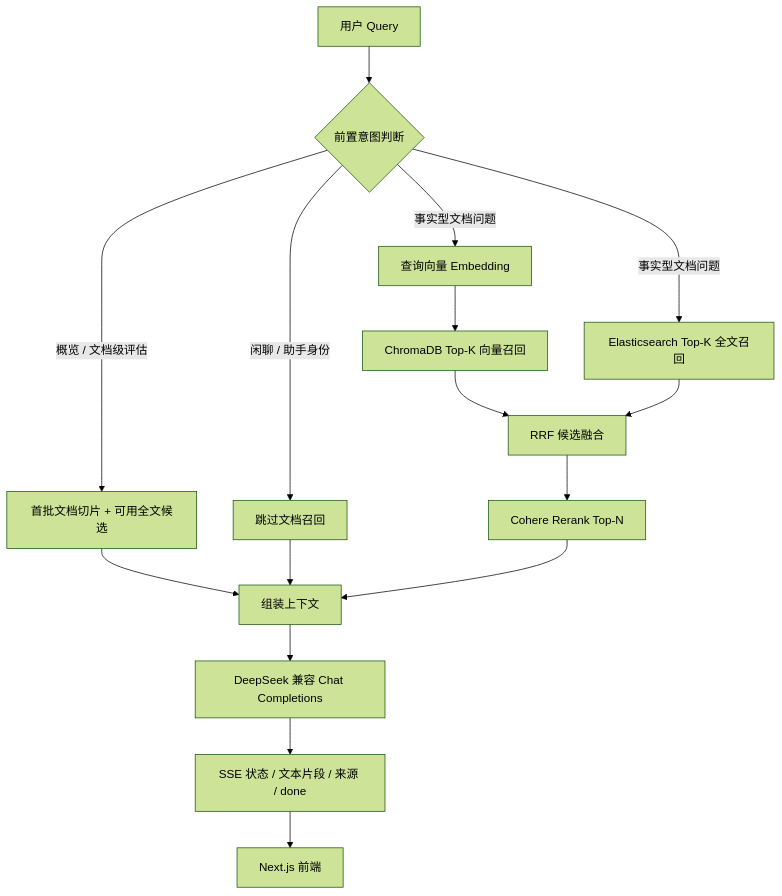
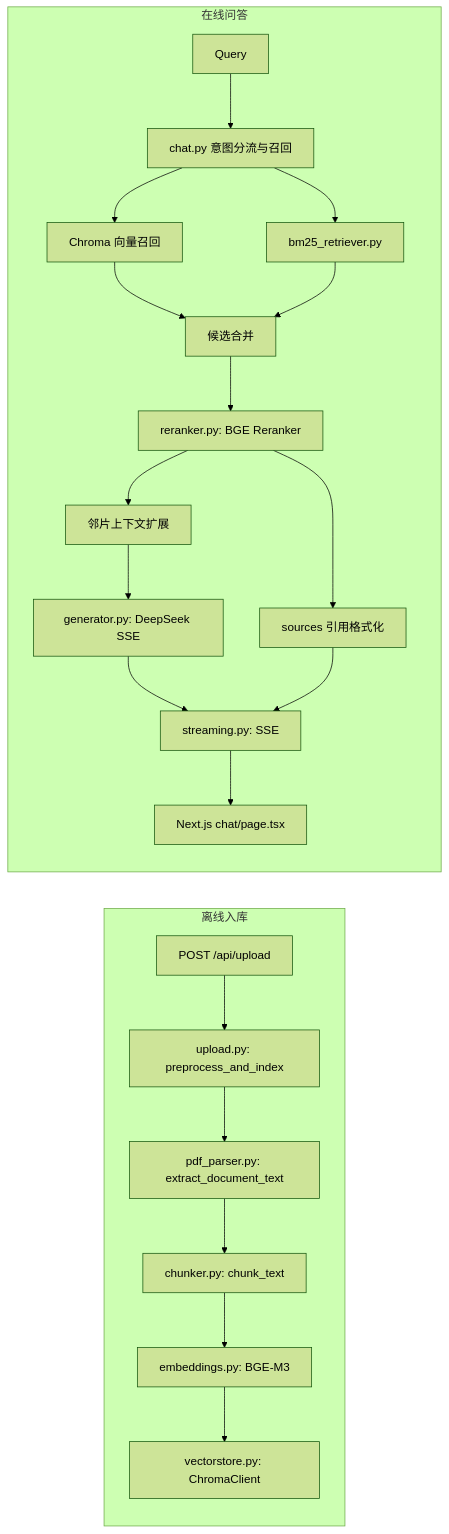
One commit to Ge-Ye/enterprise-chatpdf changed the diagram in README.md. Above: the diagram before and after it, drawn with Mermaid (forest theme). The commit also changed other lines of this file, not shown here.

````diff
--- a/README.md
+++ b/README.md
@@ -15,18 +14,24 @@
 ```mermaid
-graph TD
-    A[用户 Query] --> B{前置意图判断}
-    B -->|闲聊 / 助手身份| C[跳过文档召回]
-    B -->|概览 / 文档级评估| D[首批文档切片 + 可用全文候选]
-    B -->|事实型文档问题| E[查询向量 Embedding]
-    E --> F[ChromaDB Top-K 向量召回]
-    B -->|事实型文档问题| G[Elasticsearch Top-K 全文召回]
-    F --> H[RRF 候选融合]
-    G --> H
-    H --> I[Cohere Rerank Top-N]
-    D --> J[组装上下文]
-    C --> J
-    I --> J
-    J --> K[DeepSeek 兼容 Chat Completions]
-    K --> L[SSE 状态 / 文本片段 / 来源 / done]
-    L --> M[Next.js 前端]
+flowchart LR
+  subgraph Ingest[离线入库]
+    U[POST /api/upload] --> P[upload.py: preprocess_and_index]
+    P --> X[pdf_parser.py: extract_document_text]
+    X --> C[chunker.py: chunk_text]
+    C --> E[embeddings.py: BGE-M3]
+    E --> V[vectorstore.py: ChromaClient]
+  end
+  subgraph Query[在线问答]
+    Q[Query] --> R[chat.py 意图分流与召回]
+    R --> D[Chroma 向量召回]
+    R --> B[bm25_retriever.py]
+    D --> M[候选合并]
+    B --> M
+    M --> RR[reranker.py: BGE Reranker]
+    RR --> N[邻片上下文扩展]
+    N --> L[generator.py: DeepSeek SSE]
+    RR --> S[sources 引用格式化]
+    L --> F[streaming.py: SSE]
+    S --> F
+    F --> UI[Next.js chat/page.tsx]
+  end
 ```
````
